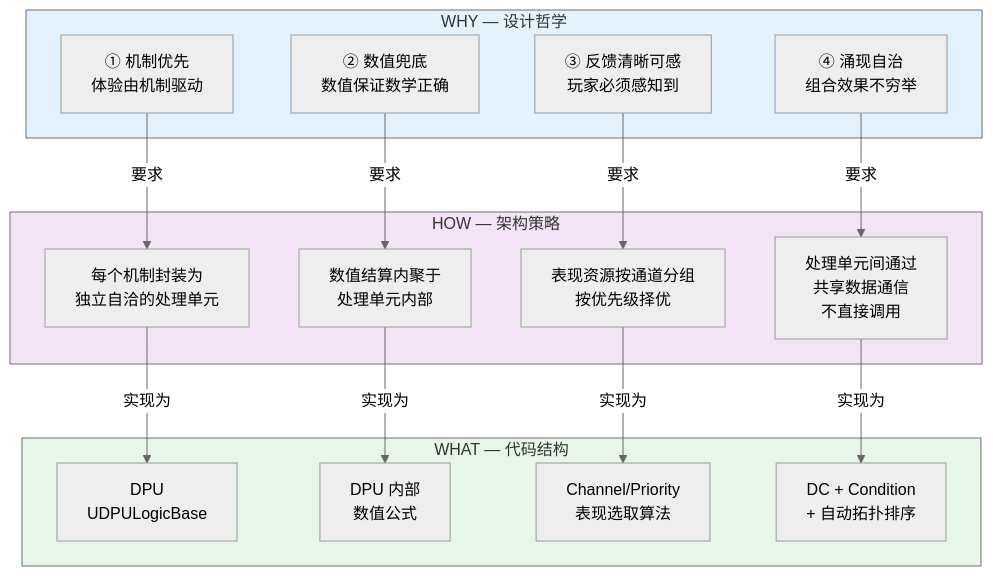
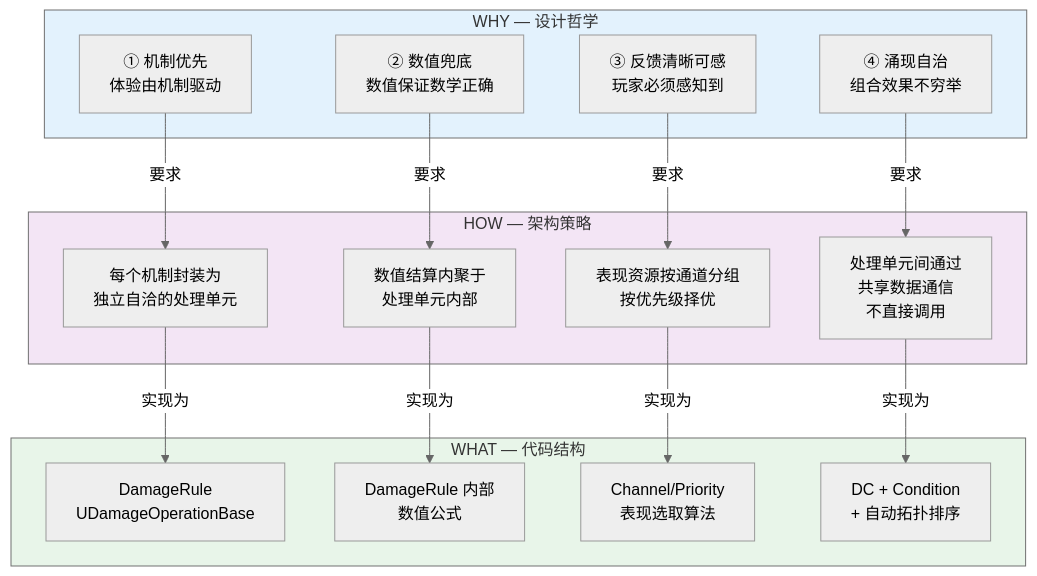
The first of 9 diagrams in doc/damagePipeline/架构设计.md (ZiJinZiMing/SagaStats), drawn with Mermaid (neutral theme) before and after one commit. The commit also changed other lines of this file and 85 other files, not shown here.

````diff
--- a/doc/damagePipeline/架构设计.md
+++ b/doc/damagePipeline/架构设计.md
@@ -39,37 +39,37 @@
 ```mermaid
 graph TB
     subgraph WHY["WHY — 设计哲学"]
         W1["① 机制优先<br/>体验由机制驱动"]
         W2["② 数值兜底<br/>数值保证数学正确"]
         W3["③ 反馈清晰可感<br/>玩家必须感知到"]
         W4["④ 涌现自治<br/>组合效果不穷举"]
     end
 
     subgraph HOW["HOW — 架构策略"]
         H1["每个机制封装为<br/>独立自洽的处理单元"]
         H2["数值结算内聚于<br/>处理单元内部"]
         H3["表现资源按通道分组<br/>按优先级择优"]
         H4["处理单元间通过<br/>共享数据通信<br/>不直接调用"]
     end
 
     subgraph WHAT["WHAT — 代码结构"]
-        C1["DPU<br/>UDPULogicBase"]
-        C2["DPU 内部<br/>数值公式"]
+        C1["DamageRule<br/>UDamageOperationBase"]
+        C2["DamageRule 内部<br/>数值公式"]
         C3["Channel/Priority<br/>表现选取算法"]
         C4["DC + Condition<br/>+ 自动拓扑排序"]
     end
 
     W1 -->|"要求"| H1
     W2 -->|"要求"| H2
     W3 -->|"要求"| H3
     W4 -->|"要求"| H4
 
     H1 -->|"实现为"| C1
     H2 -->|"实现为"| C2
     H3 -->|"实现为"| C3
     H4 -->|"实现为"| C4
 
     style WHY fill:#e3f2fd
     style HOW fill:#f3e5f5
     style WHAT fill:#e8f5e9
 ```
````
